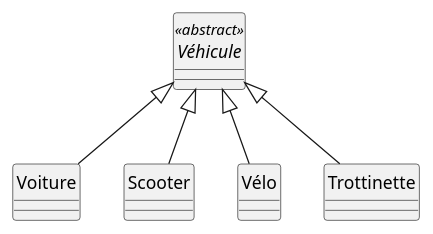
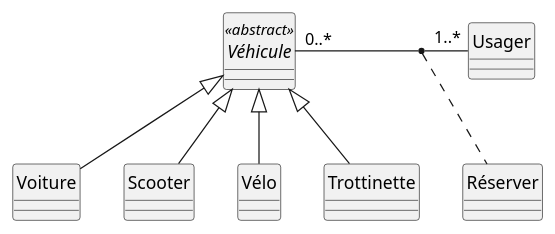
The diagram in plant_uml/exempleDiagClasse.plantuml (gigl-uml/Guide_uml_polymtl), drawn with PlantUML before and after one commit. The commit also changed 1 other file, not shown here.

```diff
--- a/plant_uml/exempleDiagClasse.plantuml
+++ b/plant_uml/exempleDiagClasse.plantuml
@@ -1,24 +1,31 @@
 @startuml
 hide circle
 skinparam classAttributeIconSize 0
 abstract class Véhicule <<abstract>> {
     
 }
 class Voiture {
     
 }
 class Scooter {
     
 }
 class Vélo {
     
 }
 class Trottinette {
     
 }
+class Usager {
+    
+}
+
+class Réserver{}
 
 Véhicule <|-- Voiture
 Véhicule <|-- Scooter
 Véhicule <|-- Vélo
 Véhicule <|-- Trottinette
+Véhicule "0..*" - "1..*" Usager 
+(Véhicule, Usager) .. Réserver
 @enduml
```
